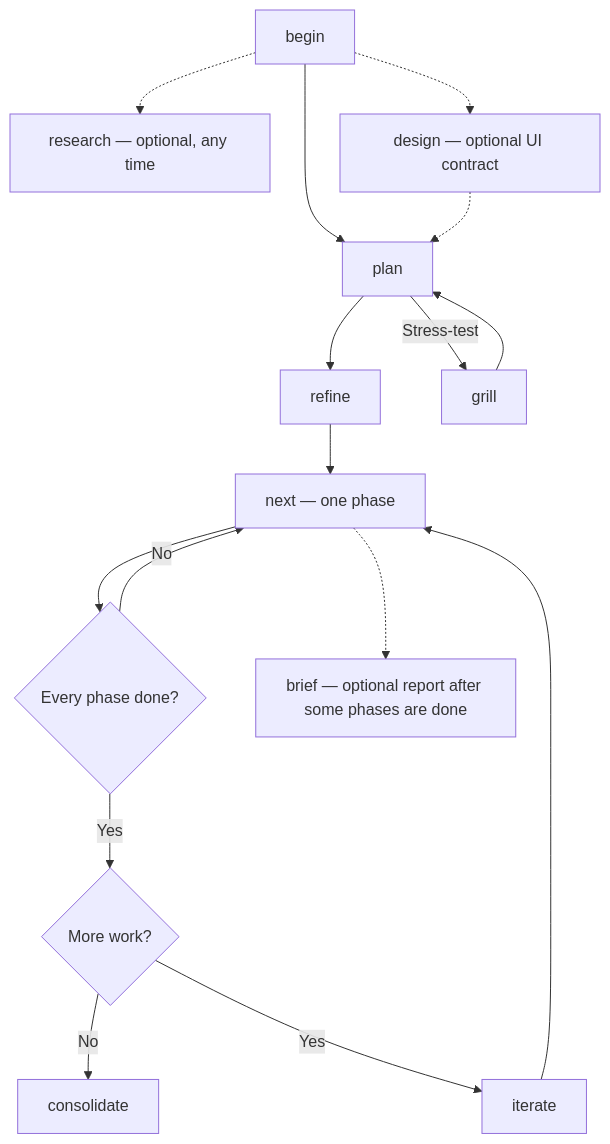
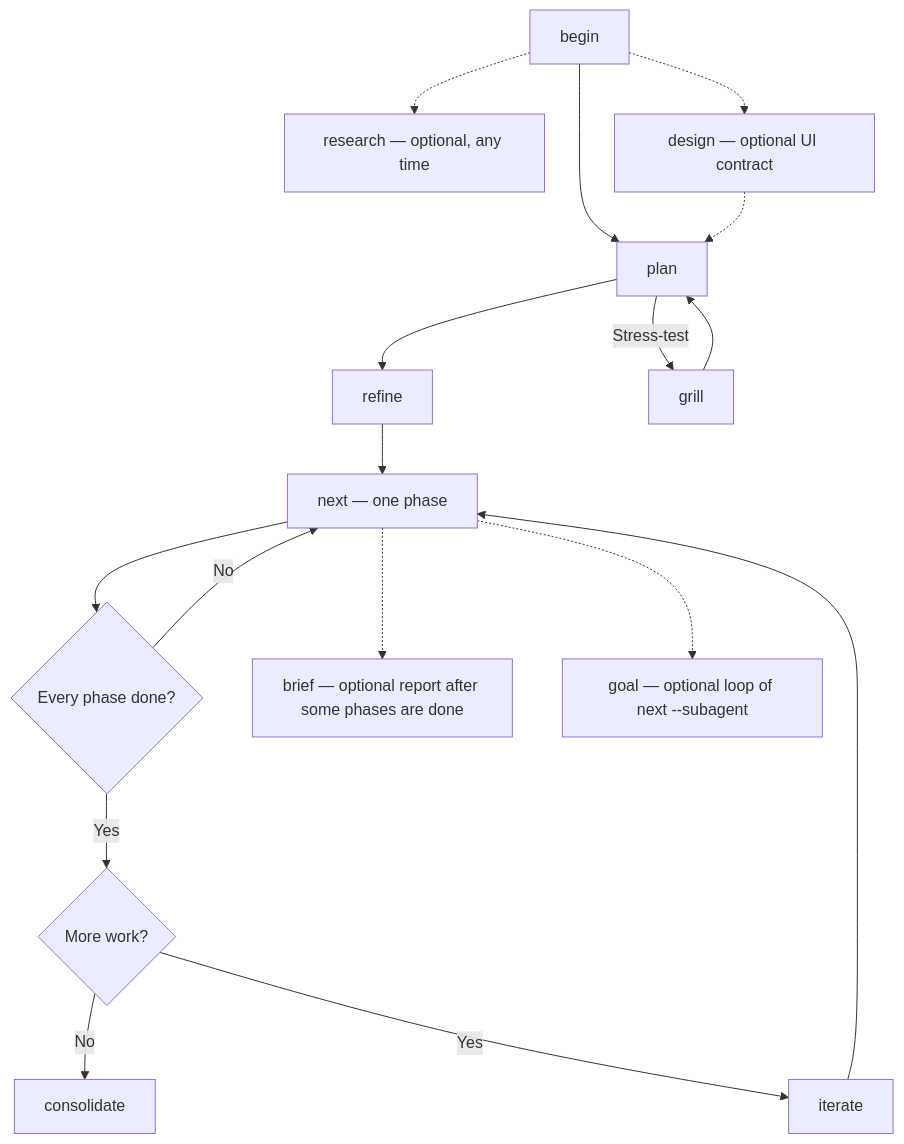
One commit to getkoi/site changed the first of 2 diagrams in src/content/docs/junji/guide.mdx. Above: the diagram before and after it, drawn with Mermaid. The commit also changed other lines of this file and 10 other files, not shown here.

````diff
--- a/src/content/docs/junji/guide.mdx
+++ b/src/content/docs/junji/guide.mdx
@@ -29,20 +29,21 @@
 ```mermaid
 flowchart TD
   accTitle: Junji verb pipeline
-  accDescr: Begin leads to Plan, Refine and repeated Next calls. Grill sharpens Plan. After all phases are done, consolidate or use Iterate to add more phases. Research and Design are optional; Brief reports completed work.
+  accDescr: Begin leads to Plan, Refine and repeated Next calls. Grill sharpens Plan. After all phases are done, consolidate or use Iterate to add more phases. Research, Design, Brief, and Goal are optional. Goal repeats next one phase at a time. Brief reports completed work.
   begin[begin] --> plan[plan]
   plan --> refine[refine]
   plan -->|Stress-test| grill[grill]
   grill --> plan
   refine --> next["next — one phase"]
   next --> done{"Every phase done?"}
   done -->|No| next
   done -->|Yes| choice{"More work?"}
   choice -->|No| consolidate[consolidate]
   choice -->|Yes| iterate[iterate]
   iterate --> next
   begin -.-> research["research — optional, any time"]
   begin -.-> design["design — optional UI contract"]
   design -.-> plan
   next -.-> brief["brief — optional report after some phases are done"]
+  next -.-> goal["goal — optional loop of next --subagent"]
 ```
````
